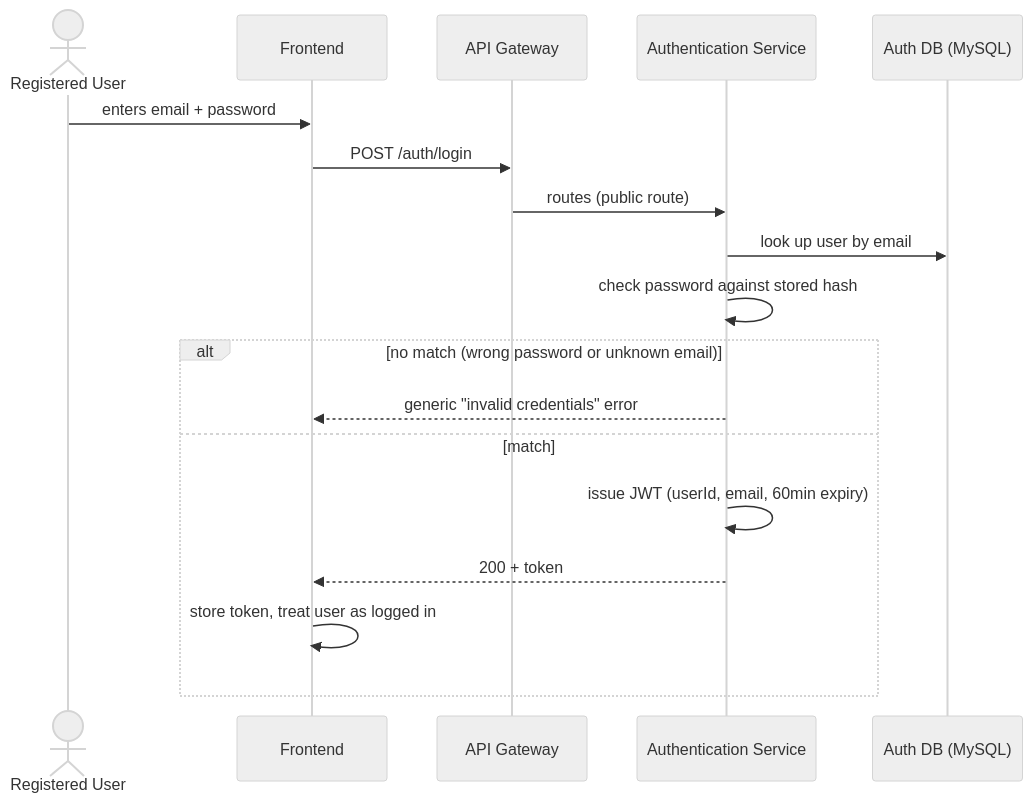
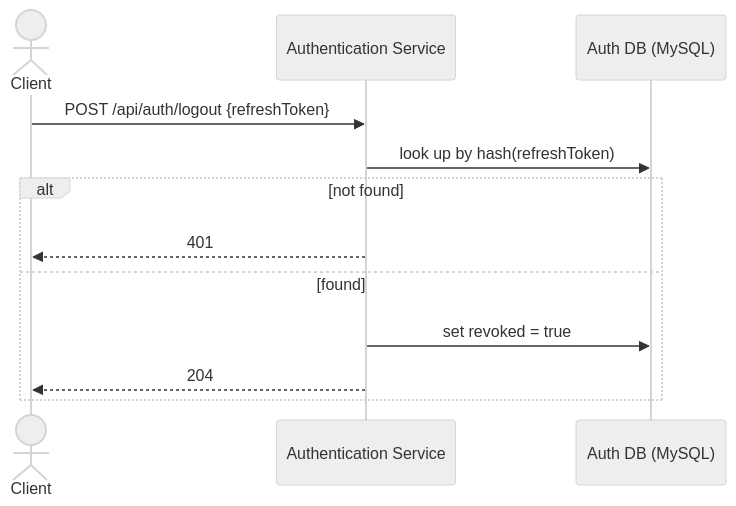
The fourth of 5 diagrams in docs/01-services/authentication-service/flows.md (mathaisjustin/cardiac-diagonistics), drawn with Mermaid (neutral theme) before and after one commit. The commit also changed other lines of this file and 29 other files, not shown here.

````diff
--- a/docs/01-services/authentication-service/flows.md
+++ b/docs/01-services/authentication-service/flows.md
@@ -79,22 +76,15 @@
 ```mermaid
 sequenceDiagram
-    actor U as Registered User
-    participant FE as Frontend
-    participant GW as API Gateway
+    actor U as Client
     participant Auth as Authentication Service
     participant DB as Auth DB (MySQL)
 
-    U->>FE: enters email + password
-    FE->>GW: POST /auth/login
-    GW->>Auth: routes (public route)
-    Auth->>DB: look up user by email
-    Auth->>Auth: check password against stored hash
-
-    alt no match (wrong password or unknown email)
-        Auth-->>FE: generic "invalid credentials" error
-    else match
-        Auth->>Auth: issue JWT (userId, email, 60min expiry)
-        Auth-->>FE: 200 + token
-        FE->>FE: store token, treat user as logged in
+    U->>Auth: POST /api/auth/logout {refreshToken}
+    Auth->>DB: look up by hash(refreshToken)
+    alt not found
+        Auth-->>U: 401
+    else found
+        Auth->>DB: set revoked = true
+        Auth-->>U: 204
     end
 ```
````
